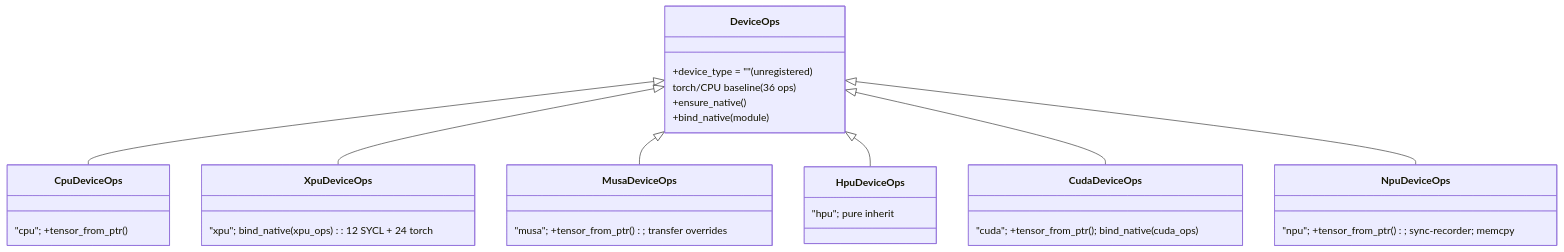
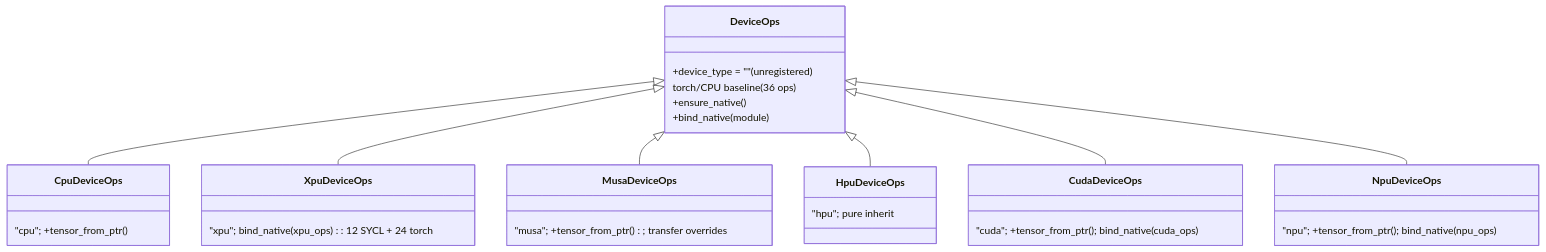
Before and after one commit to LMCache/LMCache: the diagram in docs/design/v1/platform/device_ops_design.md, drawn with Mermaid. The commit also changed other lines of this file and 1 other file, not shown here.

First line of the commit message:
[Docs][Ascend] Describe npu_ops in the device-ops design doc

````diff
--- a/docs/design/v1/platform/device_ops_design.md
+++ b/docs/design/v1/platform/device_ops_design.md
@@ -173,21 +174,21 @@
 ```mermaid
 classDiagram
     DeviceOps <|-- CpuDeviceOps
     DeviceOps <|-- XpuDeviceOps
     DeviceOps <|-- MusaDeviceOps
     DeviceOps <|-- HpuDeviceOps
     DeviceOps <|-- CudaDeviceOps
     DeviceOps <|-- NpuDeviceOps
     class DeviceOps {
       +device_type = "" (unregistered)
       torch/CPU baseline (36 ops)
       +ensure_native()
       +bind_native(module)
     }
     class CpuDeviceOps { "cpu"; +tensor_from_ptr() }
     class CudaDeviceOps { "cuda"; +tensor_from_ptr(); bind_native(cuda_ops) }
     class XpuDeviceOps { "xpu"; bind_native(xpu_ops): 12 SYCL + 24 torch }
     class MusaDeviceOps { "musa"; +tensor_from_ptr(); transfer overrides }
-    class NpuDeviceOps { "npu"; +tensor_from_ptr(); sync-recorder; memcpy }
+    class NpuDeviceOps { "npu"; +tensor_from_ptr(); bind_native(npu_ops) }
     class HpuDeviceOps { "hpu"; pure inherit }
 ```
````
